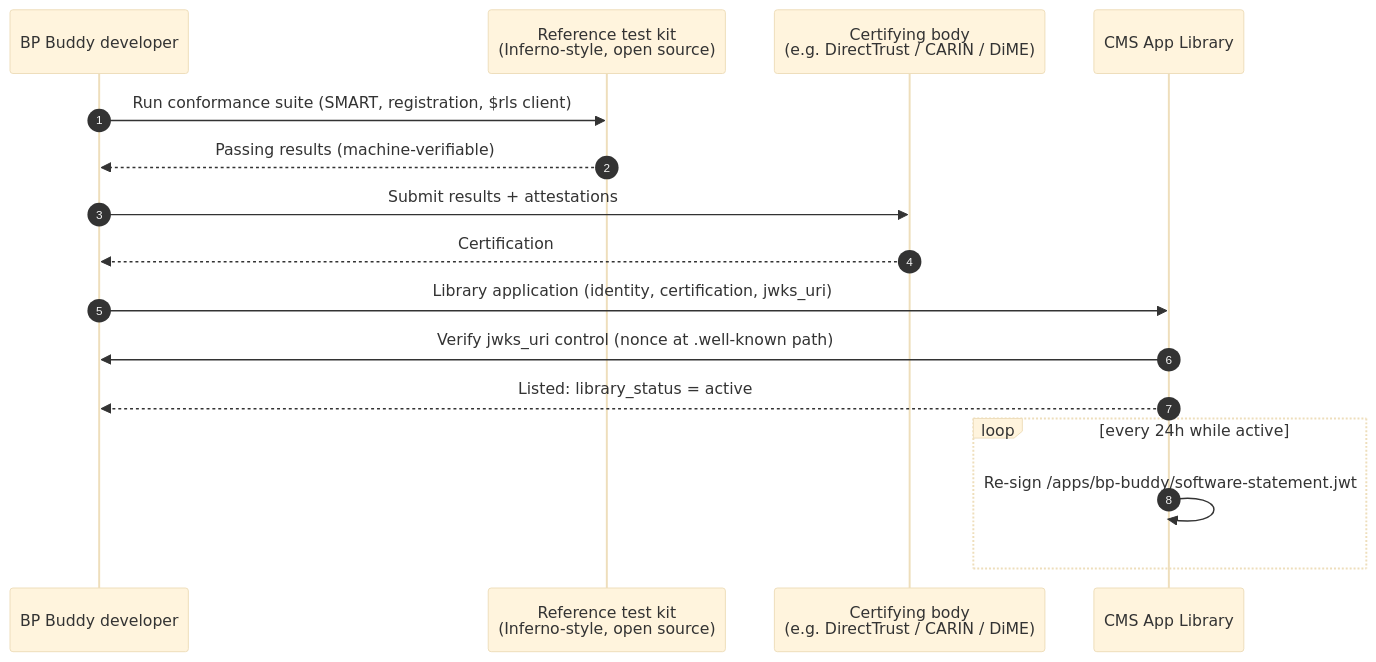
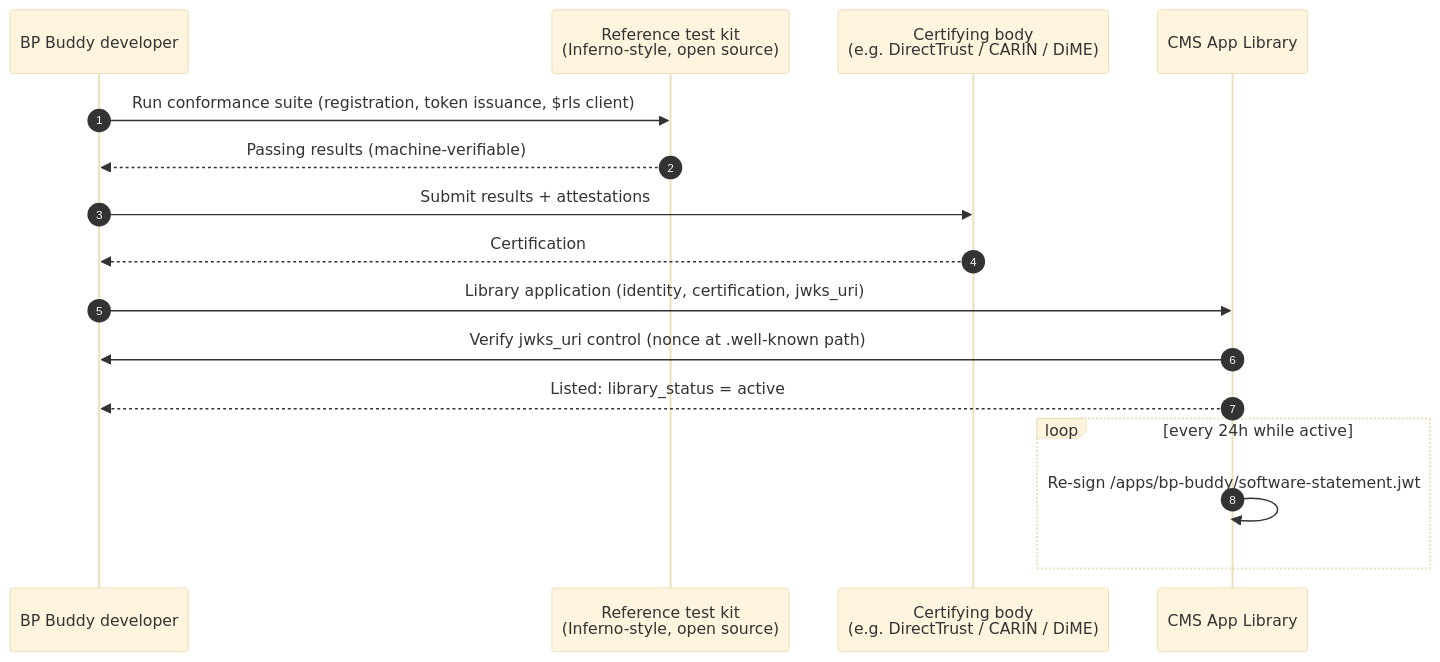
Before and after one commit to jmandel/cms-ns: the first of 10 diagrams in app-connectivity-flows.md, drawn with Mermaid (base theme). The commit also changed other lines of this file and 1 other file, not shown here.

First line of the commit message:
Fix broken hr/heading, correct SMART claims, de-slop editing pass

````diff
--- a/app-connectivity-flows.md
+++ b/app-connectivity-flows.md
@@ -39,19 +39,19 @@
 ```mermaid
 sequenceDiagram
     autonumber
     participant Dev as BP Buddy developer
     participant Kit as Reference test kit<br/>(Inferno-style, open source)
     participant Cert as Certifying body<br/>(e.g. DirectTrust / CARIN / DiME)
     participant CMS as CMS App Library
 
-    Dev->>Kit: Run conformance suite (SMART, registration, $rls client)
+    Dev->>Kit: Run conformance suite (registration, token issuance, $rls client)
     Kit-->>Dev: Passing results (machine-verifiable)
     Dev->>Cert: Submit results + attestations
     Cert-->>Dev: Certification
     Dev->>CMS: Library application (identity, certification, jwks_uri)
     CMS->>Dev: Verify jwks_uri control (nonce at .well-known path)
     CMS-->>Dev: Listed: library_status = active
     loop every 24h while active
         CMS->>CMS: Re-sign /apps/bp-buddy/software-statement.jwt
     end
 ```
````
